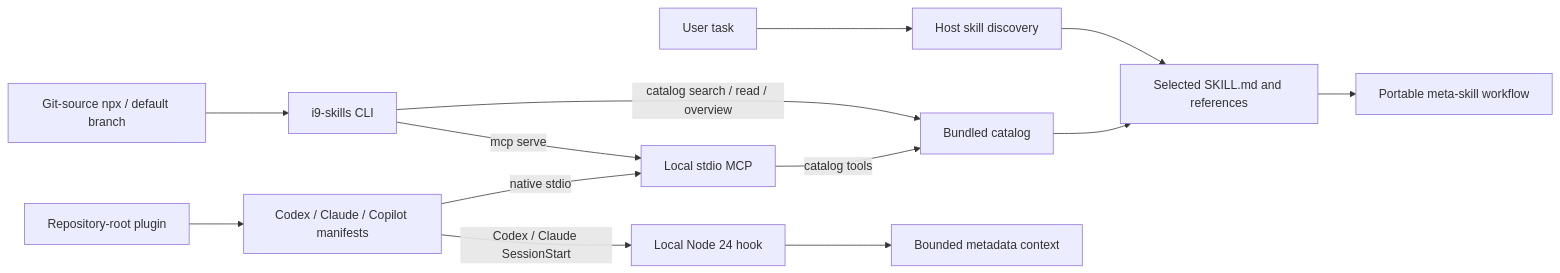
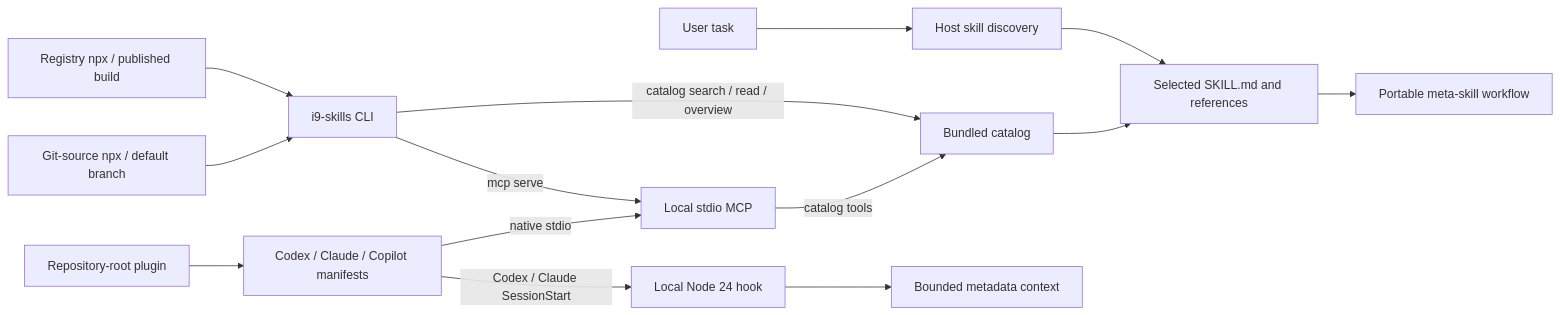
One commit to i-9-ai/skills changed the first of 8 diagrams in docs/Architecture.md. Above: the diagram before and after it, drawn with Mermaid. The commit also changed other lines of this file and 10 other files, not shown here.

Commit message:
Align published CLI documentation and entry-path diagrams

````diff
--- a/docs/Architecture.md
+++ b/docs/Architecture.md
@@ -10,15 +10,16 @@
 ```mermaid
 flowchart LR
     Task[User task] --> Native[Host skill discovery]
     Native --> Read[Selected SKILL.md and references]
-    Git[Git-source npx / default branch] --> CLI[i9-skills CLI]
+    Npm[Registry npx / published build] --> CLI[i9-skills CLI]
+    Git[Git-source npx / default branch] --> CLI
     CLI -->|catalog search / read / overview| Catalog[Bundled catalog]
     CLI -->|mcp serve| MCP[Local stdio MCP]
     Root[Repository-root plugin] --> Host[Codex / Claude / Copilot manifests]
     Host -->|native stdio| MCP
     Host -->|Codex / Claude SessionStart| Hook[Local Node 24 hook]
     Hook --> Context[Bounded metadata context]
     MCP -->|catalog tools| Catalog
     Catalog --> Read
     Read --> Work[Portable meta-skill workflow]
 ```
````
